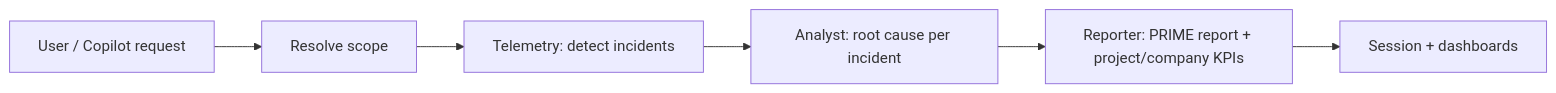
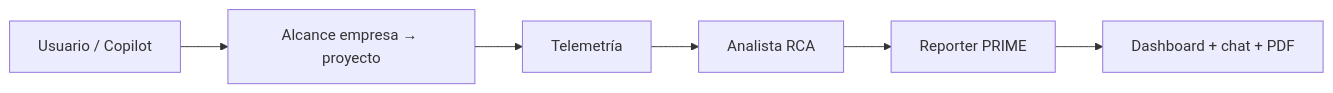
One commit to anuidev8/aiops-prime-copilot changed the diagram in README.md. Above: the diagram before and after it, drawn with Mermaid. The commit also changed other lines of this file and 122 other files, not shown here.

````diff
--- a/README.md
+++ b/README.md
@@ -77,8 +11,8 @@
 ```mermaid
 flowchart LR
-  A[User / Copilot request] --> B[Resolve scope]
-  B --> C[Telemetry: detect incidents]
-  C --> D[Analyst: root cause per incident]
-  D --> E[Reporter: PRIME report + project/company KPIs]
-  E --> F[Session + dashboards]
+  U[Usuario / Copilot] --> S[Alcance empresa → proyecto]
+  S --> T[Telemetría]
+  T --> A[Analista RCA]
+  A --> R[Reporter PRIME]
+  R --> D[Dashboard + chat + PDF]
 ```
````
